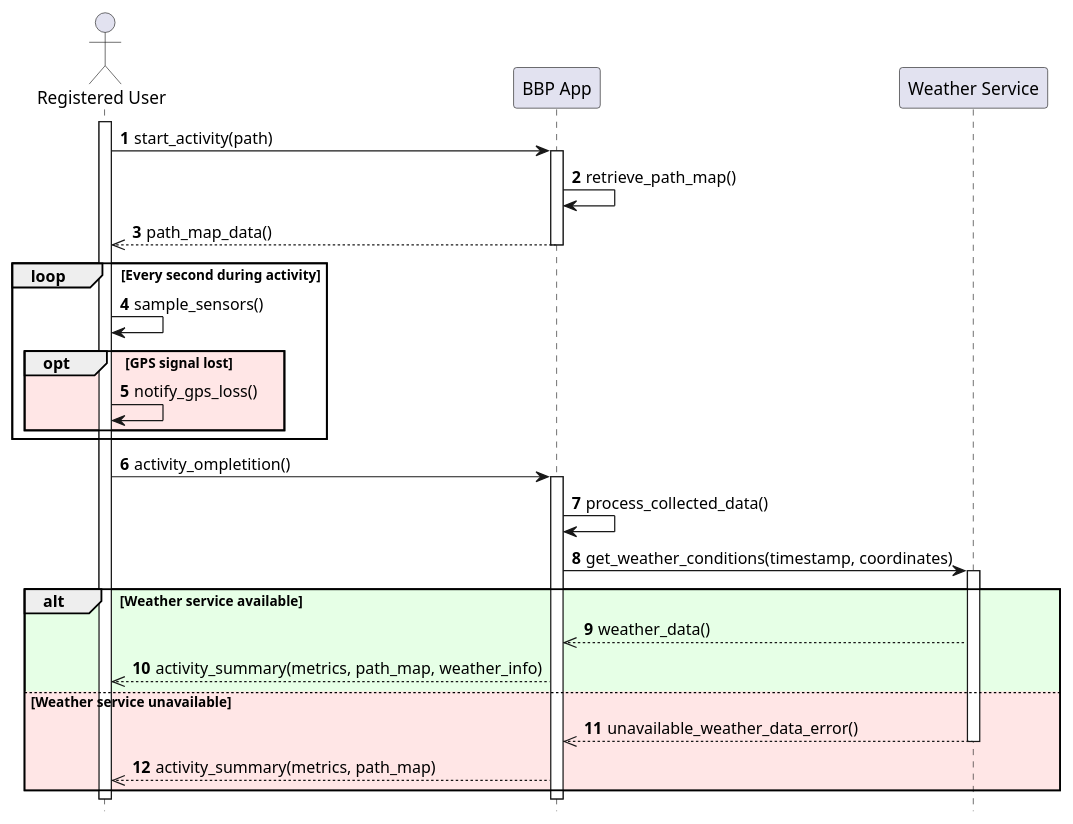
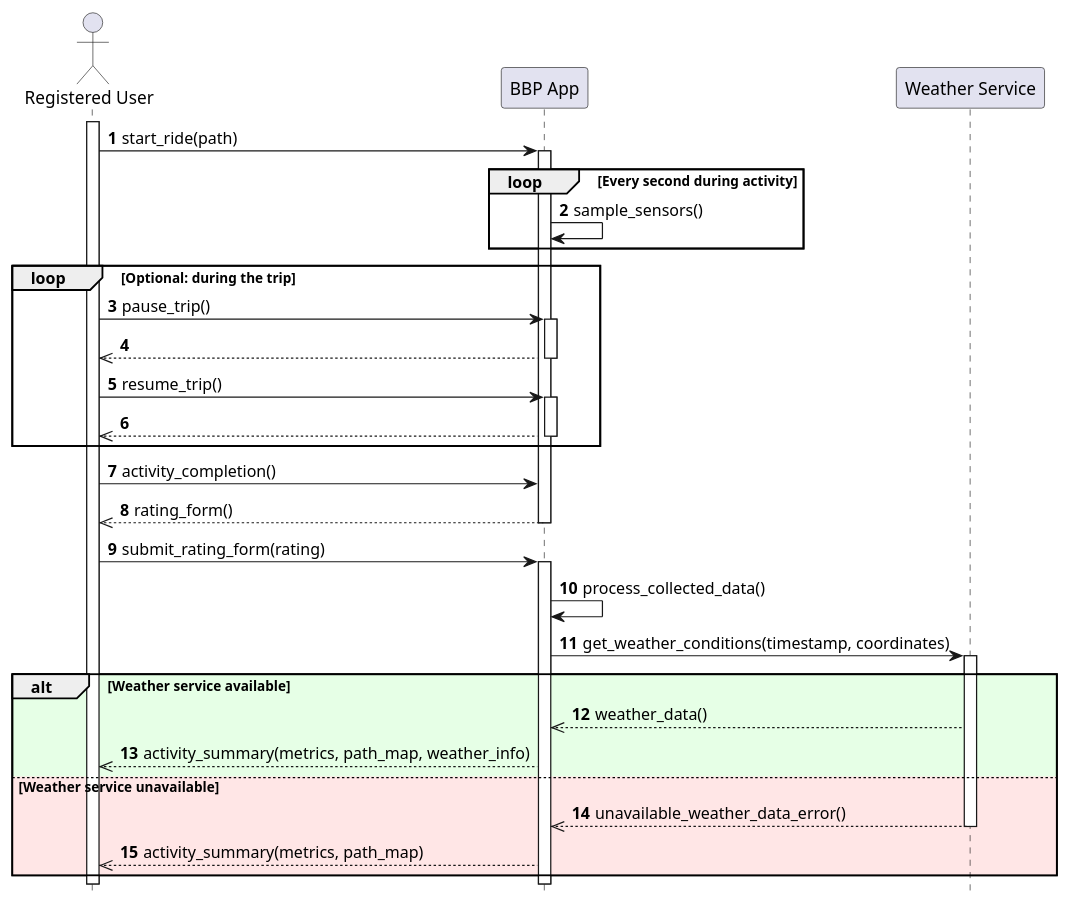
Before and after one commit to Guflie/PoliMi-SWE2-RDD-project: the diagram in diagrams/RASD/sequence diagram/UC10_sequence_diagram.puml, drawn with PlantUML. The commit also changed 4 other files, not shown here.

```diff
--- a/diagrams/RASD/sequence diagram/UC10_sequence_diagram.puml
+++ b/diagrams/RASD/sequence diagram/UC10_sequence_diagram.puml
@@ -1,46 +1,54 @@
 @startuml uc10_sequence_diagram
 hide footbox
 
 actor "Registered User" as User
 participant "BBP App" as App
 participant "Weather Service" as Weather
 
 autonumber
 
 activate User
 
-User -> App : start_activity(path)
+User -> App : start_ride(path)
 activate App
-App -> App : retrieve_path_map()
-App -->> User : path_map_data()
+
+loop Every second during activity
+    App -> App : sample_sensors()
+end
+
+loop Optional: during the trip
+    User -> App : pause_trip()
+    activate App
+    App -->> User
+    deactivate App
+    User -> App : resume_trip()
+    activate App
+    App -->> User
+    deactivate App
+end
+
+User -> App : activity_completion()
+App -->> User : rating_form()
 deactivate App
 
-loop Every second during activity
-    User -> User : sample_sensors()
-    
-    opt #ffe6e6 GPS signal lost
-        User -> User : notify_gps_loss()
-    end
-end
-
-User -> App : activity_ompletition()
+User -> App : submit_rating_form(rating)
 activate App
 
 App -> App : process_collected_data()
 
 App -> Weather : get_weather_conditions(timestamp, coordinates)
 activate Weather
 
 alt #e6ffe6 Weather service available
     Weather -->> App : weather_data()
     App -->> User : activity_summary(metrics, path_map, weather_info)
 
 else #ffe6e6 Weather service unavailable
     Weather -->> App : unavailable_weather_data_error()
     deactivate Weather
     App -->> User : activity_summary(metrics, path_map)
 end
 
 deactivate App
 deactivate User
 @enduml
```
